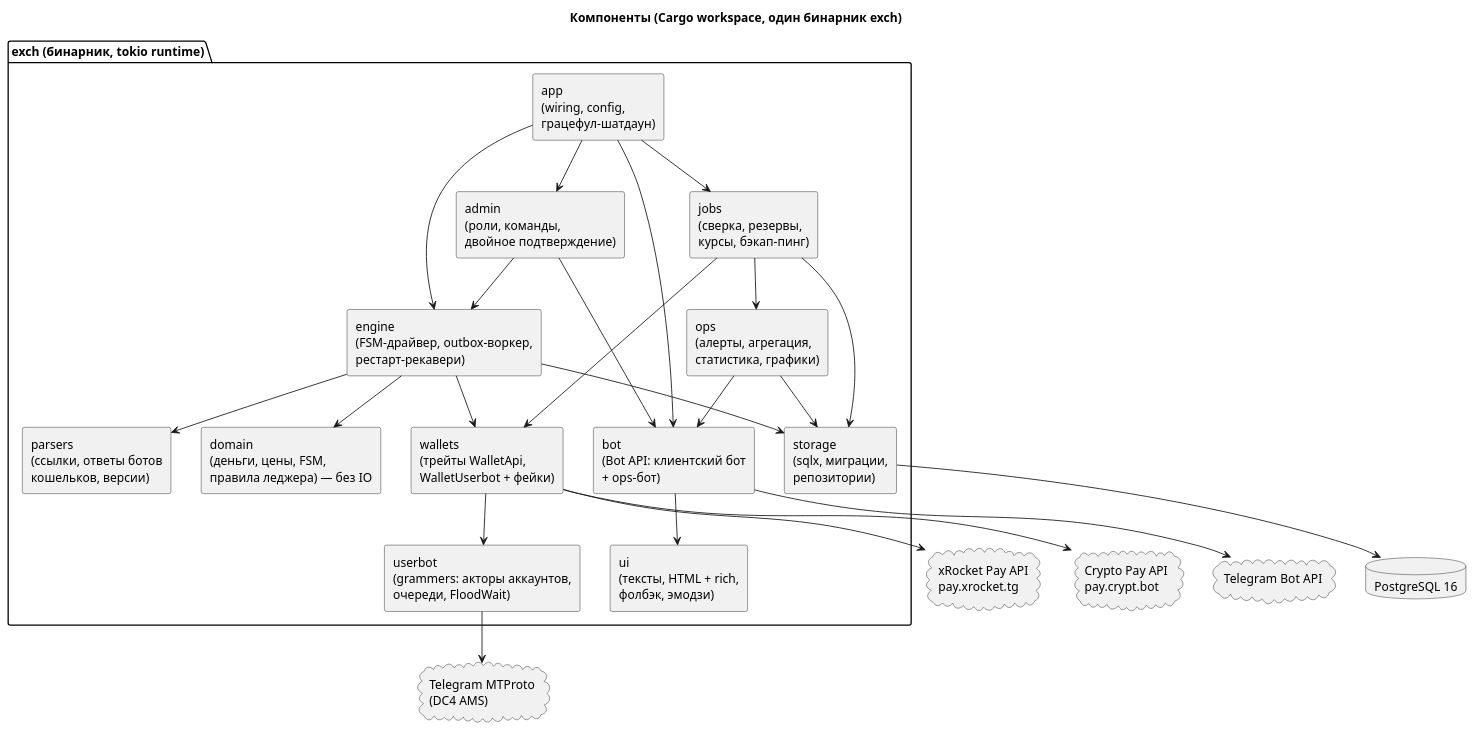
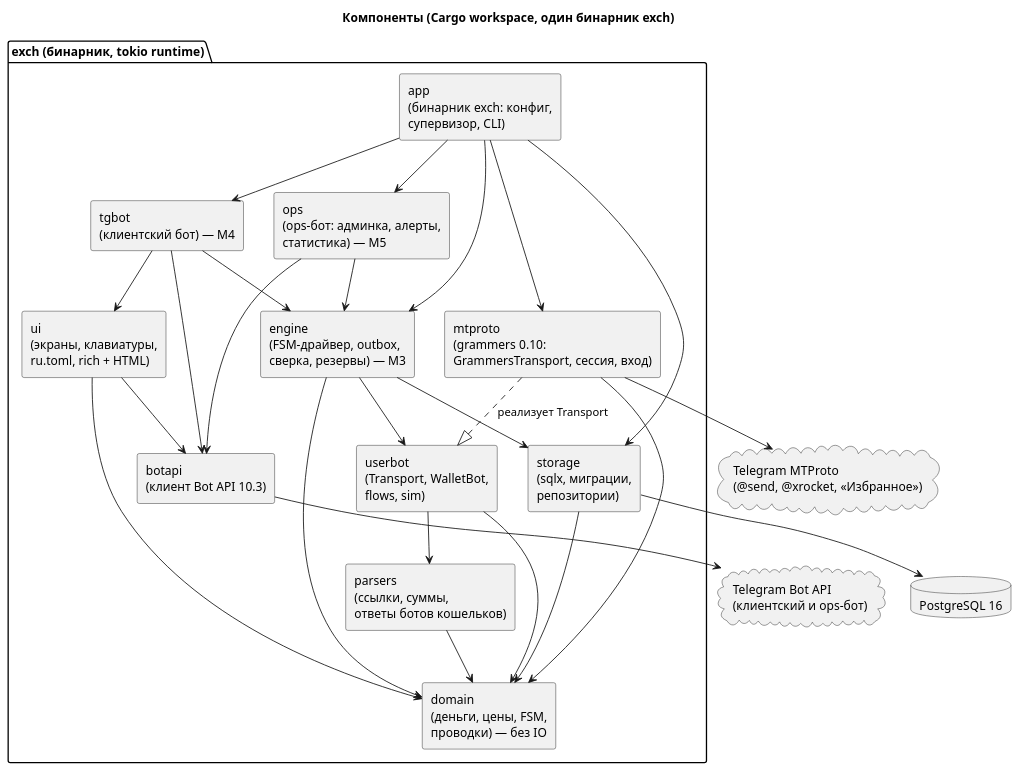
The diagram in exchanger/diagrams/09-components.puml (Nacebara/webquest), drawn with PlantUML before and after one commit. The commit also changed 21 other files, not shown here.

First line of the commit message:
docs: diagrams v0.2 — userbot payouts and 31-transition state machine

```diff
--- a/exchanger/diagrams/09-components.puml
+++ b/exchanger/diagrams/09-components.puml
@@ -1,50 +1,50 @@
 @startuml components
-' Компоненты: один процесс exch (tokio), крейты рабочего пространства
+' Компоненты: один процесс exch (tokio), крейты рабочего пространства — карта из CLAUDE.md (v0.2).
+' engine, tgbot, ops — ещё не созданы (вехи M3–M5).
 skinparam shadowing false
 skinparam componentStyle rectangle
 title Компоненты (Cargo workspace, один бинарник exch)
 
 package "exch (бинарник, tokio runtime)" {
-  component "app\n(wiring, config,\nграцефул-шатдаун)" as APP
-  component "bot\n(Bot API: клиентский бот\n+ ops-бот)" as BOT
-  component "ui\n(тексты, HTML + rich,\nфолбэк, эмодзи)" as UI
-  component "engine\n(FSM-драйвер, outbox-воркер,\nрестарт-рекавери)" as ENG
-  component "domain\n(деньги, цены, FSM,\nправила леджера) — без IO" as DOM
-  component "parsers\n(ссылки, ответы ботов\nкошельков, версии)" as PAR
-  component "wallets\n(трейты WalletApi,\nWalletUserbot + фейки)" as WAL
-  component "userbot\n(grammers: акторы аккаунтов,\nочереди, FloodWait)" as UB
+  component "app\n(бинарник exch: конфиг,\nсупервизор, CLI)" as APP
+  component "tgbot\n(клиентский бот) — M4" as TG
+  component "ops\n(ops-бот: админка, алерты,\nстатистика) — M5" as OPS
+  component "ui\n(экраны, клавиатуры,\nru.toml, rich + HTML)" as UI
+  component "botapi\n(клиент Bot API 10.3)" as BA
+  component "engine\n(FSM-драйвер, outbox,\nсверка, резервы) — M3" as ENG
+  component "userbot\n(Transport, WalletBot,\nflows, sim)" as UB
+  component "mtproto\n(grammers 0.10:\nGrammersTransport, сессия, вход)" as MT
+  component "parsers\n(ссылки, суммы,\nответы ботов кошельков)" as PAR
   component "storage\n(sqlx, миграции,\nрепозитории)" as STO
-  component "ops\n(алерты, агрегация,\nстатистика, графики)" as OPS
-  component "admin\n(роли, команды,\nдвойное подтверждение)" as ADM
-  component "jobs\n(сверка, резервы,\nкурсы, бэкап-пинг)" as JOB
+  component "domain\n(деньги, цены, FSM,\nпроводки) — без IO" as DOM
 }
 
-cloud "Telegram Bot API" as TBA
-cloud "Telegram MTProto\n(DC4 AMS)" as MTP
-cloud "Crypto Pay API\npay.crypt.bot" as CPA
-cloud "xRocket Pay API\npay.xrocket.tg" as XPA
+cloud "Telegram Bot API\n(клиентский и ops-бот)" as TBA
+cloud "Telegram MTProto\n(@send, @xrocket, «Избранное»)" as MTP
 database "PostgreSQL 16" as PG
 
-APP --> BOT
+APP --> TG
+APP --> OPS
 APP --> ENG
-APP --> JOB
-APP --> ADM
-BOT --> UI
-BOT --> TBA
-ADM --> BOT
+APP --> MT
+APP --> STO
+TG --> UI
+TG --> BA
+TG --> ENG
+OPS --> BA
+OPS --> ENG
+UI --> BA
+UI --> DOM
+ENG --> UB
+ENG --> STO
 ENG --> DOM
-ENG --> PAR
-ENG --> WAL
-ENG --> STO
-OPS --> BOT
-OPS --> STO
-JOB --> WAL
-JOB --> STO
-JOB --> OPS
-WAL --> UB
-WAL --> CPA
-WAL --> XPA
-UB --> MTP
+UB --> PAR
+UB --> DOM
+PAR --> DOM
+MT ..|> UB : реализует Transport
+MT --> DOM
+STO --> DOM
 STO --> PG
-ADM --> ENG
+BA --> TBA
+MT --> MTP
 @enduml
```
